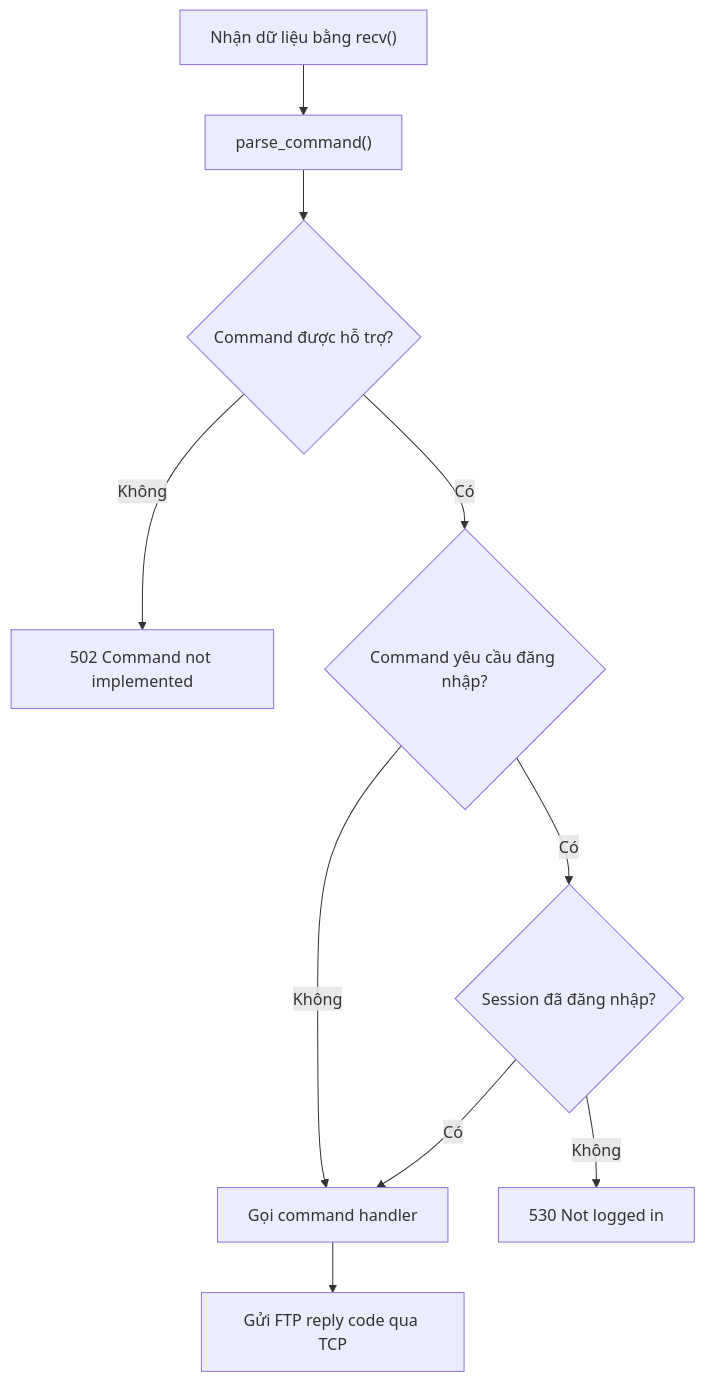
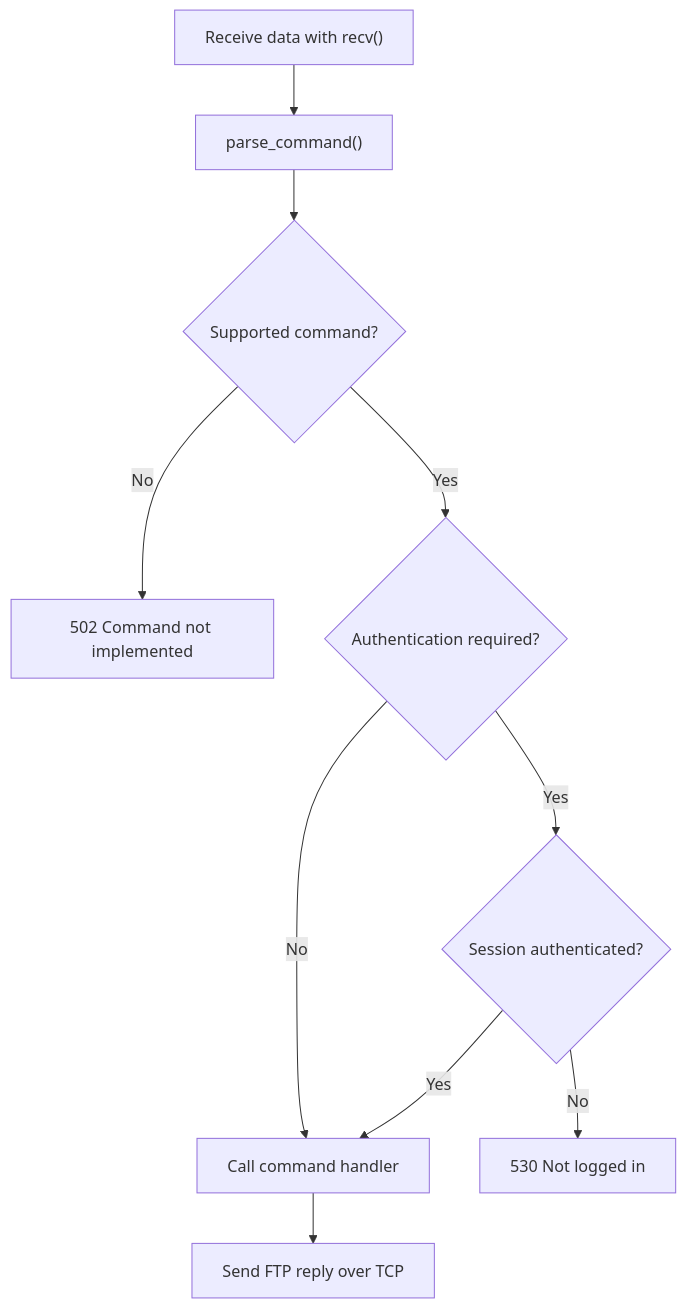
One commit to DrakyNeUwU/Hybrid-FTP-Socket changed the second of 5 diagrams in docs/report.md. Above: the diagram before and after it, drawn with Mermaid. The commit also changed other lines of this file and 9 other files, not shown here.

````diff
--- a/docs/report.md
+++ b/docs/report.md
@@ -80,12 +101,12 @@
 ```mermaid
 flowchart TD
-    Receive["Nhận dữ liệu bằng recv()"] --> Parse["parse_command()"]
-    Parse --> Known{"Command được hỗ trợ?"}
-    Known -- "Không" --> NotImplemented["502 Command not implemented"]
-    Known -- "Có" --> NeedAuth{"Command yêu cầu đăng nhập?"}
-    NeedAuth -- "Không" --> Dispatch["Gọi command handler"]
-    NeedAuth -- "Có" --> Authenticated{"Session đã đăng nhập?"}
-    Authenticated -- "Không" --> NotLoggedIn["530 Not logged in"]
-    Authenticated -- "Có" --> Dispatch
-    Dispatch --> Reply["Gửi FTP reply code qua TCP"]
+    Receive["Receive data with recv()"] --> Parse["parse_command()"]
+    Parse --> Known{"Supported command?"}
+    Known -- "No" --> NotImplemented["502 Command not implemented"]
+    Known -- "Yes" --> NeedAuth{"Authentication required?"}
+    NeedAuth -- "No" --> Dispatch["Call command handler"]
+    NeedAuth -- "Yes" --> Authenticated{"Session authenticated?"}
+    Authenticated -- "No" --> NotLoggedIn["530 Not logged in"]
+    Authenticated -- "Yes" --> Dispatch
+    Dispatch --> Reply["Send FTP reply over TCP"]
 ```
````
